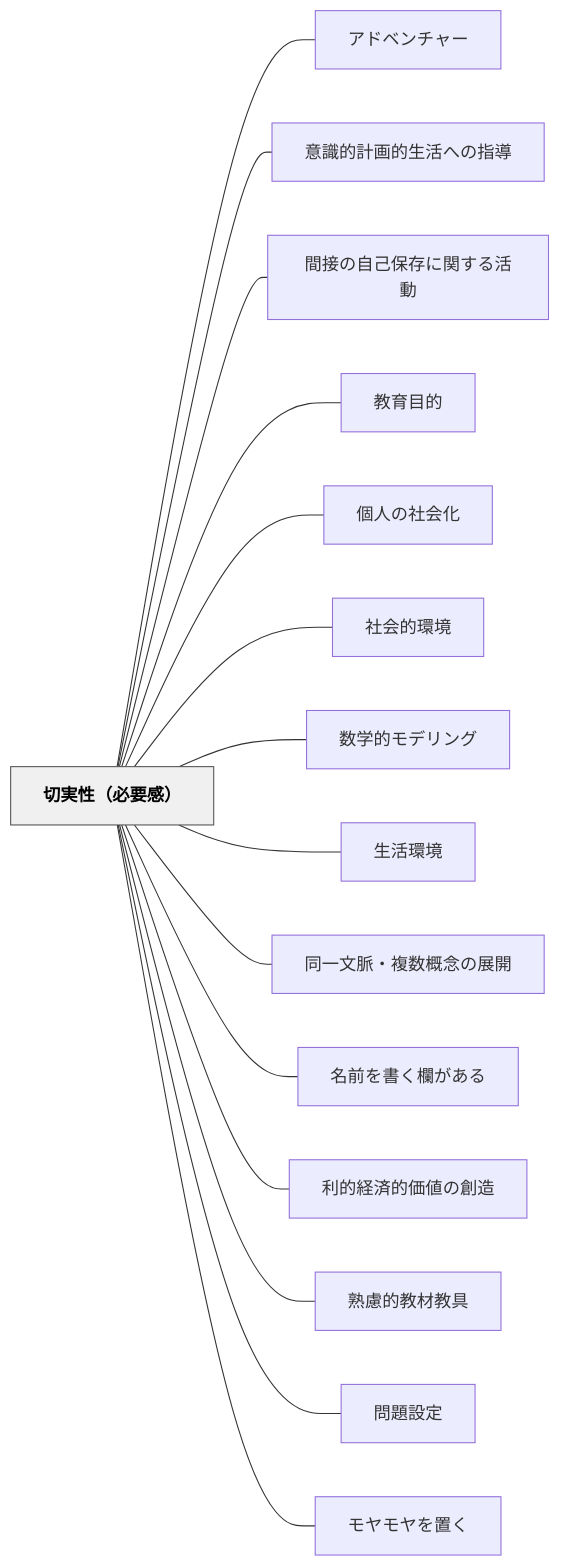
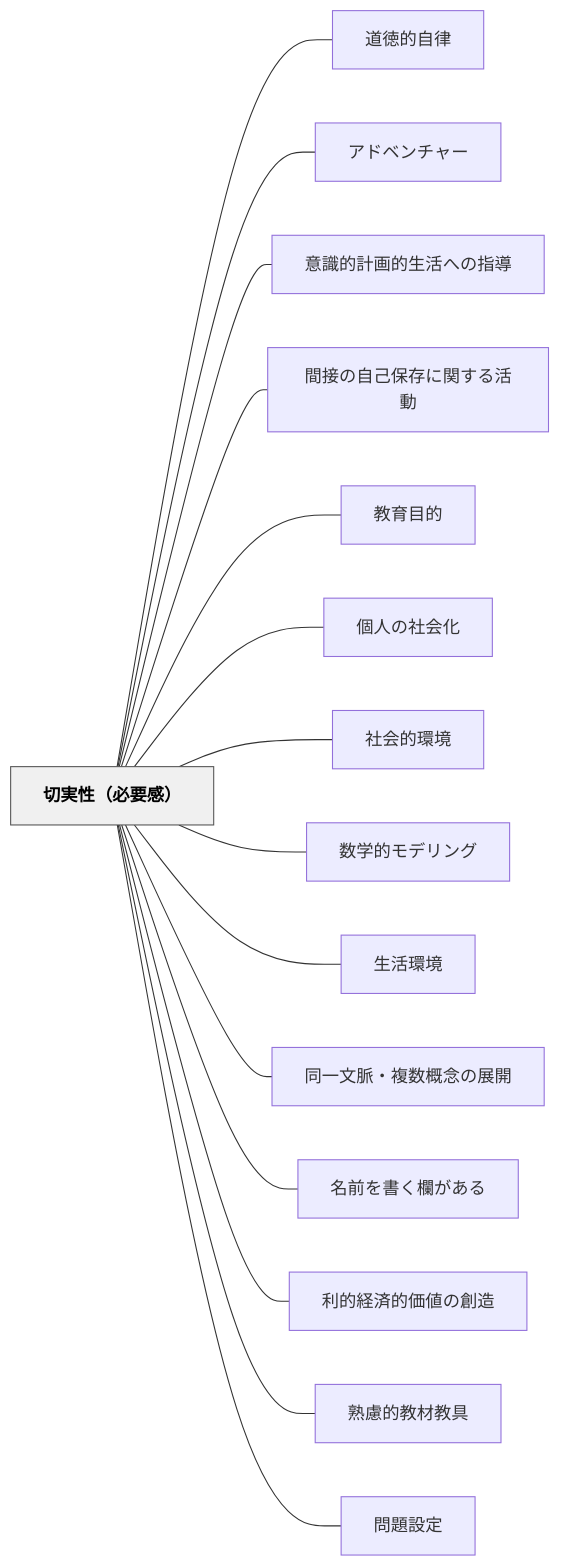
Before and after one commit to unknownthings-ed-patterns/unknownthings-ed-patterns: the diagram in content/パタン/切実性（必要感）.md, drawn with Mermaid. The commit also changed other lines of this file and 12 other files, not shown here.

````diff
--- a/content/パタン/切実性（必要感）.md
+++ b/content/パタン/切実性（必要感）.md
@@ -80,36 +81,36 @@
 ```mermaid
 flowchart LR
     ne58887e5ae9fe680a7efbc88e5bf85e8a681e6849fefbc89["切実性（必要感）"]
+    ne98193e5beb3e79a84e887aae5be8b["道徳的自律"]
     ne382a2e38389e38399e383b3e38381e383a3e383bc["アドベンチャー"]
     ne6848fe8ad98e79a84e8a888e794bbe79a84e7949fe6b4bbe381b8e381aee68c87e5b08e["意識的計画的生活への指導"]
     ne99693e68ea5e381aee887aae5b7b1e4bf9de5ad98e381abe996a2e38199e3828be6b4bbe58b95["間接の自己保存に関する活動"]
     ne69599e882b2e79baee79a84["教育目的"]
     ne5808be4babae381aee7a4bee4bc9ae58c96["個人の社会化"]
     ne7a4bee4bc9ae79a84e792b0e5a283["社会的環境"]
     ne695b0e5ada6e79a84e383a2e38387e383aae383b3e382b0["数学的モデリング"]
     ne7949fe6b4bbe792b0e5a283["生活環境"]
     ne5908ce4b880e69687e88488e383bbe8a487e695b0e6a682e5bfb5e381aee5b195e9968b["同一文脈・複数概念の展開"]
     ne5908de5898de38292e69bb8e3818fe6ac84e3818ce38182e3828b["名前を書く欄がある"]
     ne588a9e79a84e7b58ce6b888e79a84e4bea1e580a4e381aee589b5e980a0["利的経済的価値の創造"]
     ne7869fe685aee79a84e69599e69d90e69599e585b7["熟慮的教材教具"]
     ne5958fe9a18ce8a8ade5ae9a["問題設定"]
-    ne383a2e383a4e383a2e383a4e38292e7bdaee3818f["モヤモヤを置く"]
 
+    ne58887e5ae9fe680a7efbc88e5bf85e8a681e6849fefbc89 --- ne98193e5beb3e79a84e887aae5be8b
     ne58887e5ae9fe680a7efbc88e5bf85e8a681e6849fefbc89 --- ne382a2e38389e38399e383b3e38381e383a3e383bc
     ne58887e5ae9fe680a7efbc88e5bf85e8a681e6849fefbc89 --- ne6848fe8ad98e79a84e8a888e794bbe79a84e7949fe6b4bbe381b8e381aee68c87e5b08e
     ne58887e5ae9fe680a7efbc88e5bf85e8a681e6849fefbc89 --- ne99693e68ea5e381aee887aae5b7b1e4bf9de5ad98e381abe996a2e38199e3828be6b4bbe58b95
     ne58887e5ae9fe680a7efbc88e5bf85e8a681e6849fefbc89 --- ne69599e882b2e79baee79a84
     ne58887e5ae9fe680a7efbc88e5bf85e8a681e6849fefbc89 --- ne5808be4babae381aee7a4bee4bc9ae58c96
     ne58887e5ae9fe680a7efbc88e5bf85e8a681e6849fefbc89 --- ne7a4bee4bc9ae79a84e792b0e5a283
     ne58887e5ae9fe680a7efbc88e5bf85e8a681e6849fefbc89 --- ne695b0e5ada6e79a84e383a2e38387e383aae383b3e382b0
     ne58887e5ae9fe680a7efbc88e5bf85e8a681e6849fefbc89 --- ne7949fe6b4bbe792b0e5a283
     ne58887e5ae9fe680a7efbc88e5bf85e8a681e6849fefbc89 --- ne5908ce4b880e69687e88488e383bbe8a487e695b0e6a682e5bfb5e381aee5b195e9968b
     ne58887e5ae9fe680a7efbc88e5bf85e8a681e6849fefbc89 --- ne5908de5898de38292e69bb8e3818fe6ac84e3818ce38182e3828b
     ne58887e5ae9fe680a7efbc88e5bf85e8a681e6849fefbc89 --- ne588a9e79a84e7b58ce6b888e79a84e4bea1e580a4e381aee589b5e980a0
     ne58887e5ae9fe680a7efbc88e5bf85e8a681e6849fefbc89 --- ne7869fe685aee79a84e69599e69d90e69599e585b7
     ne58887e5ae9fe680a7efbc88e5bf85e8a681e6849fefbc89 --- ne5958fe9a18ce8a8ade5ae9a
-    ne58887e5ae9fe680a7efbc88e5bf85e8a681e6849fefbc89 --- ne383a2e383a4e383a2e383a4e38292e7bdaee3818f
 
     classDef hub fill:#f0f0f0,stroke:#555,color:#000,font-weight:bold
     class ne58887e5ae9fe680a7efbc88e5bf85e8a681e6849fefbc89 hub
 ```
````
